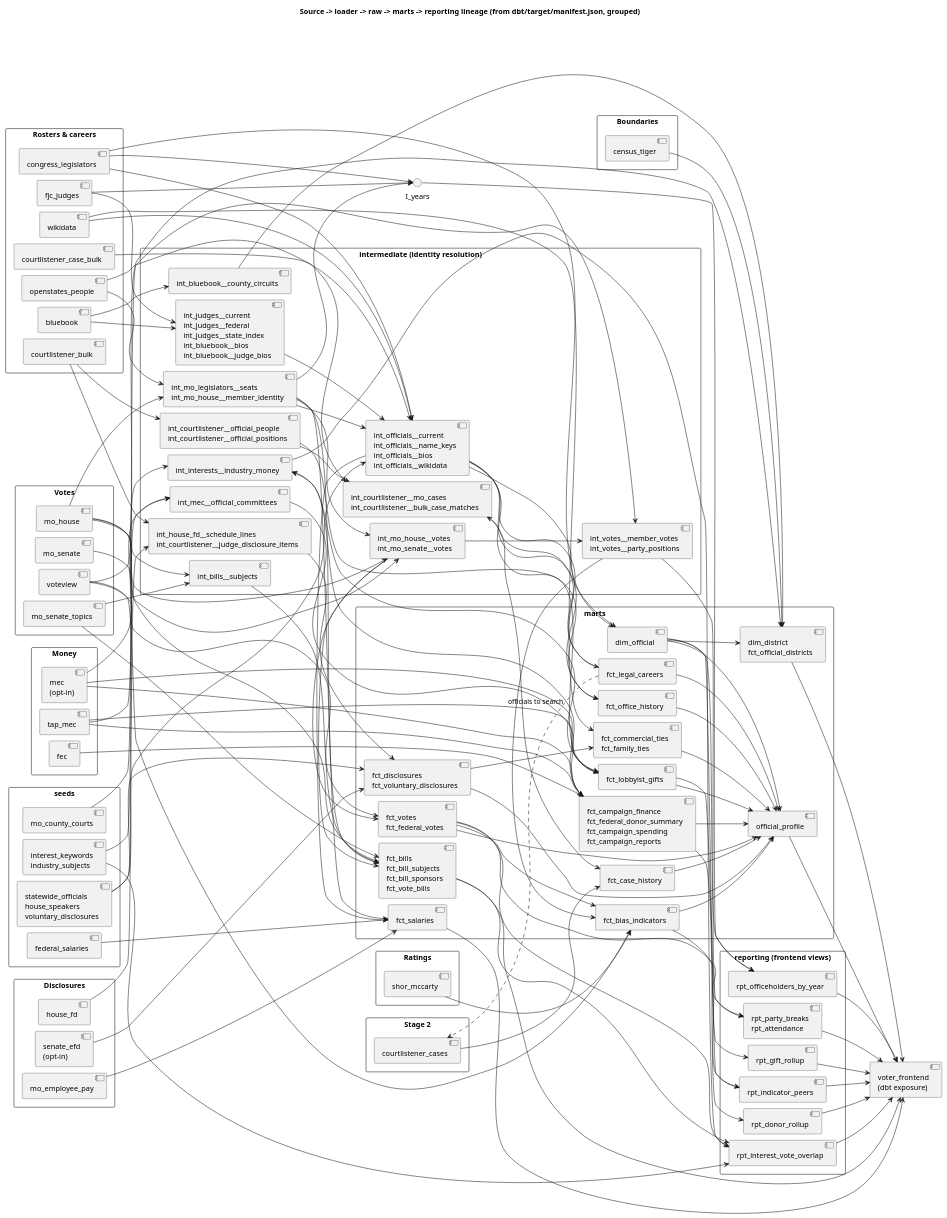
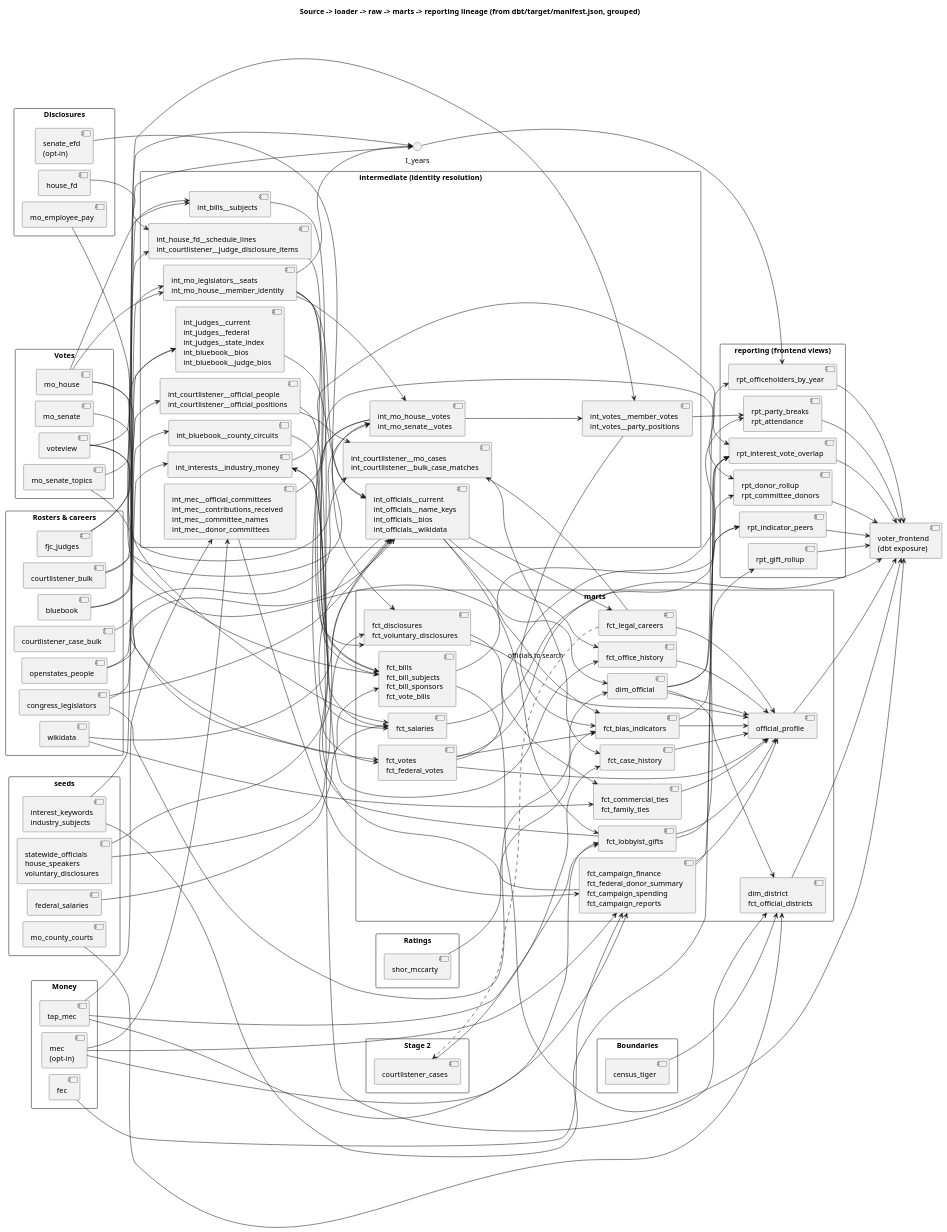
Before and after one commit to akettmann/missouri_gov_feed: the diagram in docs/diagrams/lineage.puml, drawn with PlantUML. The commit also changed 29 other files, not shown here.

First line of the commit message:
Committee-to-committee money rollup and committee donor trails

```diff
--- a/docs/diagrams/lineage.puml
+++ b/docs/diagrams/lineage.puml
@@ -53,7 +53,7 @@
   [int_mo_house__votes\nint_mo_senate__votes] as I_votes
   [int_votes__member_votes\nint_votes__party_positions] as I_party
   [int_judges__current\nint_judges__federal\nint_judges__state_index\nint_bluebook__bios\nint_bluebook__judge_bios] as I_judges
-  [int_mec__official_committees] as I_mec
+  [int_mec__official_committees\nint_mec__contributions_received\nint_mec__committee_names\nint_mec__donor_committees] as I_mec
   [int_bills__subjects] as I_subj
   [int_interests__industry_money] as I_interest
   [int_house_fd__schedule_lines\nint_courtlistener__judge_disclosure_items] as I_fd
@@ -81,7 +81,7 @@
 package "reporting (frontend views)" {
   [rpt_indicator_peers] as R_peers
   [rpt_party_breaks\nrpt_attendance] as R_votes
-  [rpt_donor_rollup] as R_money
+  [rpt_donor_rollup\nrpt_committee_donors] as R_money
   [rpt_gift_rollup] as R_gifts
   [rpt_interest_vote_overlap] as R_overlap
   [rpt_officeholders_by_year] as R_years
@@ -180,6 +180,7 @@
 F_votes --> R_votes
 I_party --> R_votes
 F_money --> R_money
+I_mec --> R_money
 F_gifts --> R_gifts
 R_peers --> EXP
 R_votes --> EXP
```
